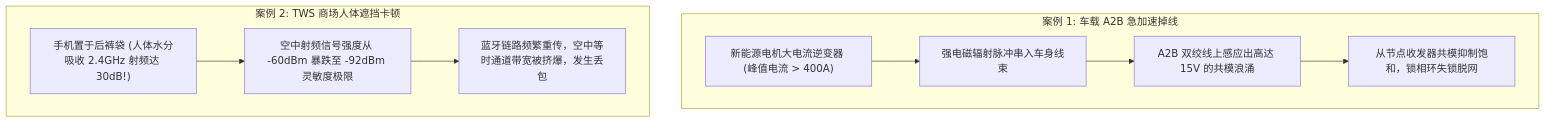
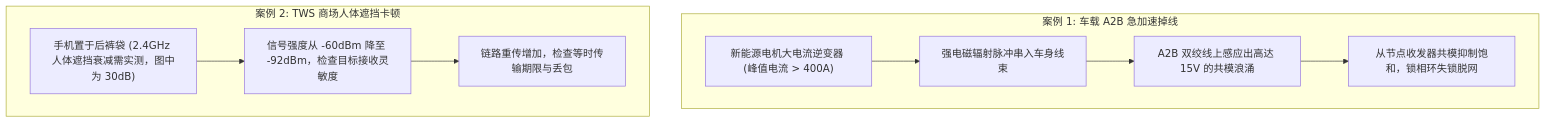
The diagram in Audio/11-Edge-Automotive-Wearable-Systems/05-cases-debug.md (YvainZhang/YvainZhang.github.io), drawn with Mermaid before and after one commit. The commit also changed other lines of this file and 190 other files, not shown here.

````diff
--- a/Audio/11-Edge-Automotive-Wearable-Systems/05-cases-debug.md
+++ b/Audio/11-Edge-Automotive-Wearable-Systems/05-cases-debug.md
@@ -13,13 +13,13 @@
 ```mermaid
 graph TD
     subgraph Case1["案例 1: 车载 A2B 急加速掉线"]
         MOT["新能源电机大电流逆变器 (峰值电流 > 400A)"] --> EMI_SPIKE["强电磁辐射脉冲串入车身线束"]
         EMI_SPIKE --> CM_NOISE["A2B 双绞线上感应出高达 15V 的共模浪涌"]
         CM_NOISE --> A2B_PHY["从节点收发器共模抑制饱和，锁相环失锁脱网"]
     end
 
     subgraph Case2["案例 2: TWS 商场人体遮挡卡顿"]
-        POCKET["手机置于后裤袋 (人体水分吸收 2.4GHz 射频达 30dB!)"] --> RF_ATTEN["空中射频信号强度从 -60dBm 暴跌至 -92dBm 灵敏度极限"]
-        RF_ATTEN --> RETRY["蓝牙链路频繁重传，空中等时通道带宽被挤爆，发生丢包"]
+        POCKET["手机置于后裤袋 (2.4GHz 人体遮挡衰减需实测，图中为 30dB)"] --> RF_ATTEN["信号强度从 -60dBm 降至 -92dBm，检查目标接收灵敏度"]
+        RF_ATTEN --> RETRY["链路重传增加，检查等时传输期限与丢包"]
     end
 ```
````
